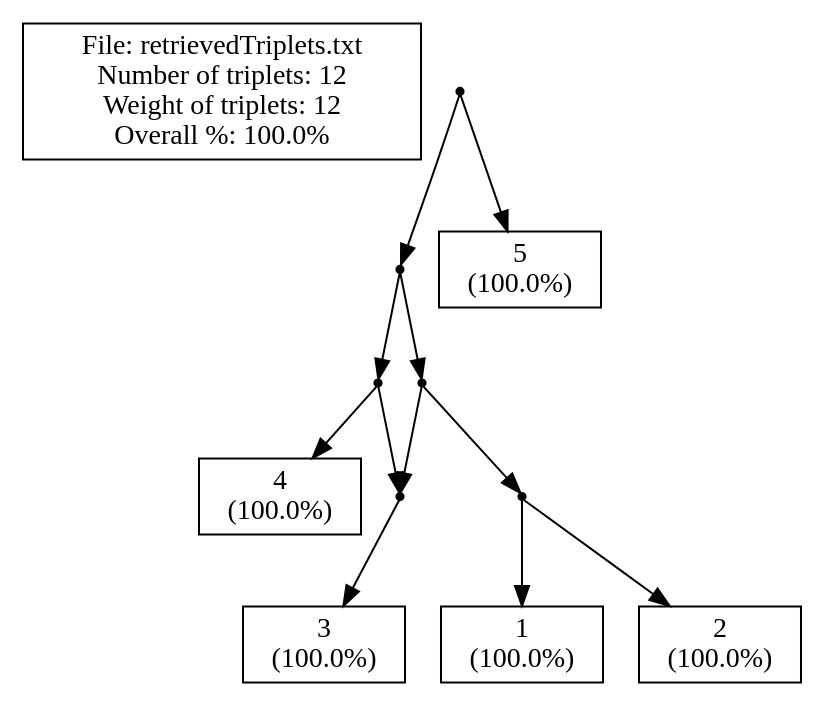
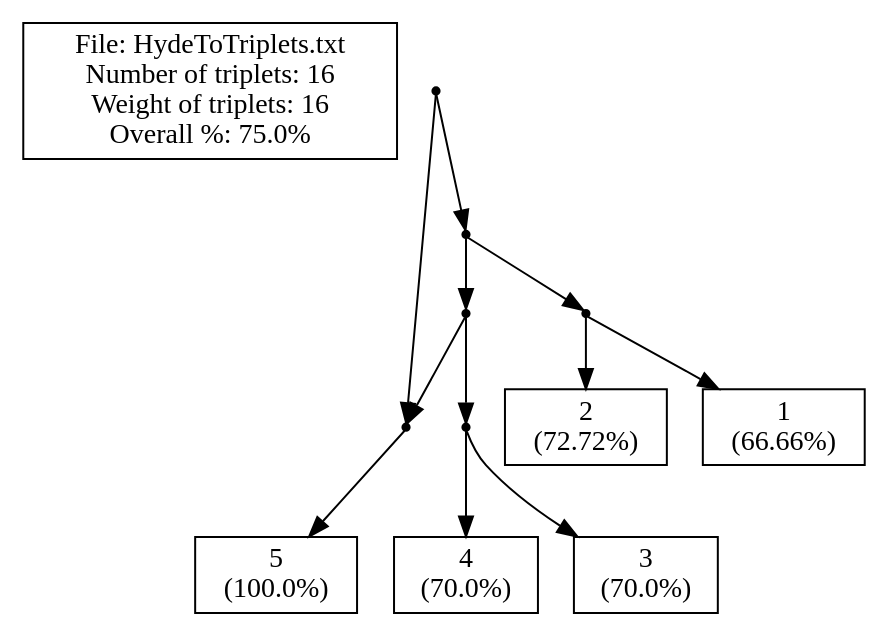
Before and after one commit to iharnoor/PhylogeneticsWebsite: the diagram in ParsingTxt/Launcher/cExample1.dot, drawn with Graphviz. The commit also changed 13 other files, not shown here.

```diff
--- a/ParsingTxt/Launcher/cExample1.dot
+++ b/ParsingTxt/Launcher/cExample1.dot
@@ -1,51 +1,50 @@
 // LEV1ATHAN Version 1.0, 21 september 2009
 // COMMENT: Pre-processing the input file to count the leaves
 // COMMENT: Pre-processing showed that there are 5 leaves in the input.
 // SUMMARY: Input had 5 leaves.
 // USER-SETTING: Will *not* post-process output to collapse edges.
 // COMMENT: Triplet set is already dense.
-// SUMMARY: There are 12 triplets in the input.
-// SUMMARY: Total weight of input triplets is 12.
-// COMMENT: We achieved non-trivial local perfection.
+// SUMMARY: There are 16 triplets in the input.
+// SUMMARY: Total weight of input triplets is 16.
 // SUMMARY: (Before post-processing)
-// SUMMARY: We got 12 units of triplet weight, that's 100.0% of total weight.
-// SUMMARY: In total 0 units of triplet weight were -not- consistent with the ouput network.
-// SUMMARY: Output network contained 0 triplets -not- in the original input.
-// SUMMARY: The symmetric difference is thus 0 + (1 * 0) = 0
+// SUMMARY: We got 12 units of triplet weight, that's 75.0% of total weight.
+// SUMMARY: In total 4 units of triplet weight were -not- consistent with the ouput network.
+// SUMMARY: Output network contained 2 triplets -not- in the original input.
+// SUMMARY: The symmetric difference is thus 4 + (1 * 2) = 6
 // SUMMARY: (After post-processing)
 strict digraph G1 {
 edge [fontsize=8]
-labelbox [shape=box, width=0.4, label="File: retrievedTriplets.txt\nNumber of triplets: 12\nWeight of triplets: 12\nOverall %: 100.0%"];
+labelbox [shape=box, width=0.4, label="File: HydeToTriplets.txt\nNumber of triplets: 16\nWeight of triplets: 16\nOverall %: 75.0%"];
 1000 [shape=point];
 1001 [shape=point];
-1002 [shape=point];
+5 [shape=box, width=0.3, label="5\n(100.0%)"];
 1003 [shape=point];
-3 [shape=box, width=0.3, label="3\n(100.0%)"];
-4 [shape=box, width=0.3, label="4\n(100.0%)"];
-1006 [shape=point];
+1004 [shape=point];
+1 [shape=box, width=0.3, label="2\n(72.72%)"];
+2 [shape=box, width=0.3, label="1\n(66.66%)"];
 1007 [shape=point];
-1 [shape=box, width=0.3, label="1\n(100.0%)"];
-2 [shape=box, width=0.3, label="2\n(100.0%)"];
-5 [shape=box, width=0.3, label="5\n(100.0%)"];
+1008 [shape=point];
+3 [shape=box, width=0.3, label="3\n(70.0%)"];
+4 [shape=box, width=0.3, label="4\n(70.0%)"];
 1000 -> 1001
-1000 -> 5
-1001 -> 1002
-1001 -> 1006
-1002 -> 1003
-1002 -> 4
-1003 -> 3
-1006 -> 1007
-1006 -> 1003
-1007 -> 1
-1007 -> 2
-1003 -> 3
+1000 -> 1003
+1001 -> 5
+1003 -> 1004
+1003 -> 1007
+1004 -> 1
+1004 -> 2
+1007 -> 1008
+1007 -> 1001
+1008 -> 3
+1008 -> 4
+1001 -> 5
 }
-// SUMMARY: eNewick output: ((((3)#H1,4),((1,2),#H1)),5);
-// SUMMARY: In total 0 units of triplet weight were -not- consistent with the ouput network.
-// SUMMARY: Output network contained 0 triplets -not- in the original input.
+// SUMMARY: eNewick output: ((5)#H1,((2,1),((3,4),#H1)));
+// SUMMARY: In total 4 units of triplet weight were -not- consistent with the ouput network.
+// SUMMARY: Output network contained 2 triplets -not- in the original input.
 // SUMMARY: Weight of missing triplets before contraction minus weight of missing triplets afterwards: 0
 // SUMMARY: Number of surplus triplets before contraction minus number of surplus triplets afterwards: 0
-// CONCLUSION: After post-processing we got 12 units of triplet weight, that's 100.0% of total weight (before post-processing this was 100.0%).
-// CONCLUSION: After post-processing the symmetric difference is thus 0 + (1 * 0) = 0 (before post-processing this was 0)
-// STAT: PERCENTAGE = 100.0
-// STAT: NETWORK-TRIPLET SD = 0
+// CONCLUSION: After post-processing we got 12 units of triplet weight, that's 75.0% of total weight (before post-processing this was 75.0%).
+// CONCLUSION: After post-processing the symmetric difference is thus 4 + (1 * 2) = 6 (before post-processing this was 6)
+// STAT: PERCENTAGE = 75.0
+// STAT: NETWORK-TRIPLET SD = 6
```
